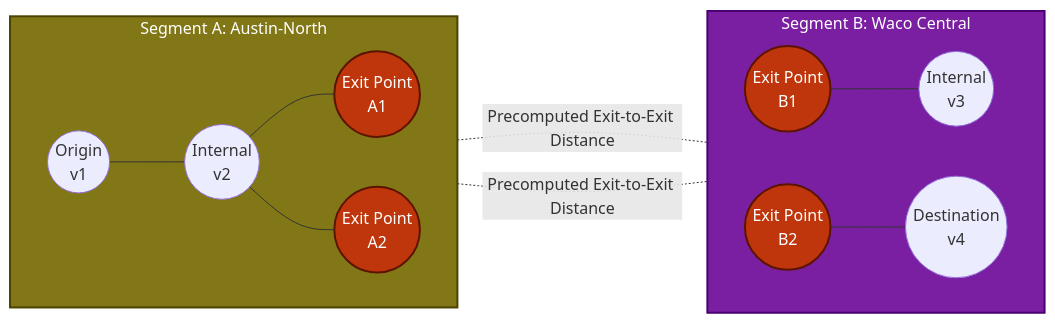
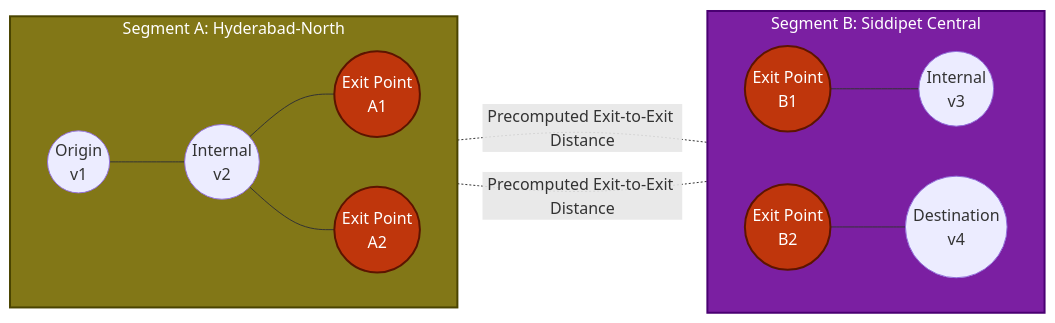
One commit to riyaz-pasha/Learnings changed the second of 20 diagrams in system-design/HLD/0-course/28-Design Google Maps-FAANG-Guide-story.md. Above: the diagram before and after it, drawn with Mermaid. The commit also changed other lines of this file, not shown here.

First line of the commit message:
[HLD] Localize Google Maps story guide to Hyderabad/Telangana

````diff
--- a/system-design/HLD/0-course/28-Design Google Maps-FAANG-Guide-story.md
+++ b/system-design/HLD/0-course/28-Design Google Maps-FAANG-Guide-story.md
@@ -136,25 +136,25 @@
 ```mermaid
 flowchart LR
-    subgraph SegA["Segment A: Austin-North"]
+    subgraph SegA["Segment A: Hyderabad-North"]
         direction LR
         A_start(("Origin<br/>v1")) --- A_int(("Internal<br/>v2"))
         A_int --- E1(("Exit Point<br/>A1"))
         A_int --- E2(("Exit Point<br/>A2"))
     end
 
-    subgraph SegB["Segment B: Waco Central"]
+    subgraph SegB["Segment B: Siddipet Central"]
         direction LR
         E3(("Exit Point<br/>B1")) --- B_int(("Internal<br/>v3"))
         E4(("Exit Point<br/>B2")) --- B_dest(("Destination<br/>v4"))
     end
 
     E1 -.-|"Precomputed Exit-to-Exit Distance"| E3
     E2 -.-|"Precomputed Exit-to-Exit Distance"| E4
 
     style SegA fill:#827717,stroke:#4a4400,color:#ffffff,stroke-width:2px
     style SegB fill:#7b1fa2,stroke:#4a0072,color:#ffffff,stroke-width:2px
     style E1 fill:#bf360c,stroke:#5c1400,color:#ffffff,stroke-width:2px
     style E2 fill:#bf360c,stroke:#5c1400,color:#ffffff,stroke-width:2px
     style E3 fill:#bf360c,stroke:#5c1400,color:#ffffff,stroke-width:2px
     style E4 fill:#bf360c,stroke:#5c1400,color:#ffffff,stroke-width:2px
 ```
````
